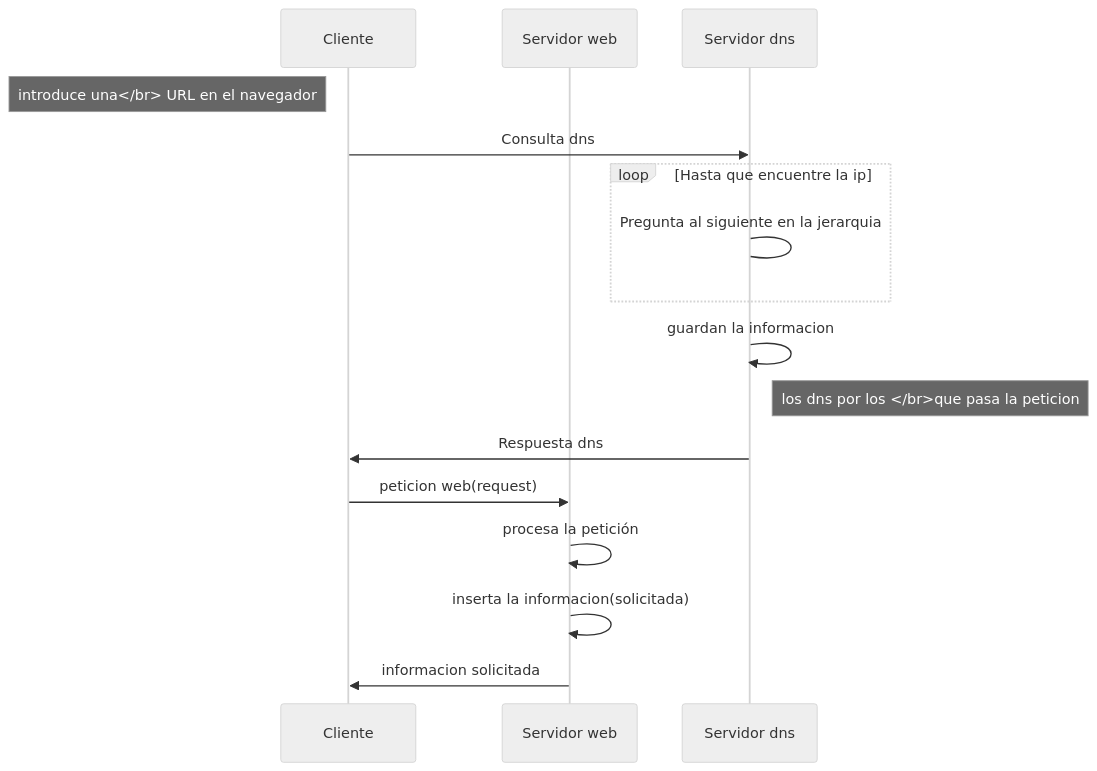
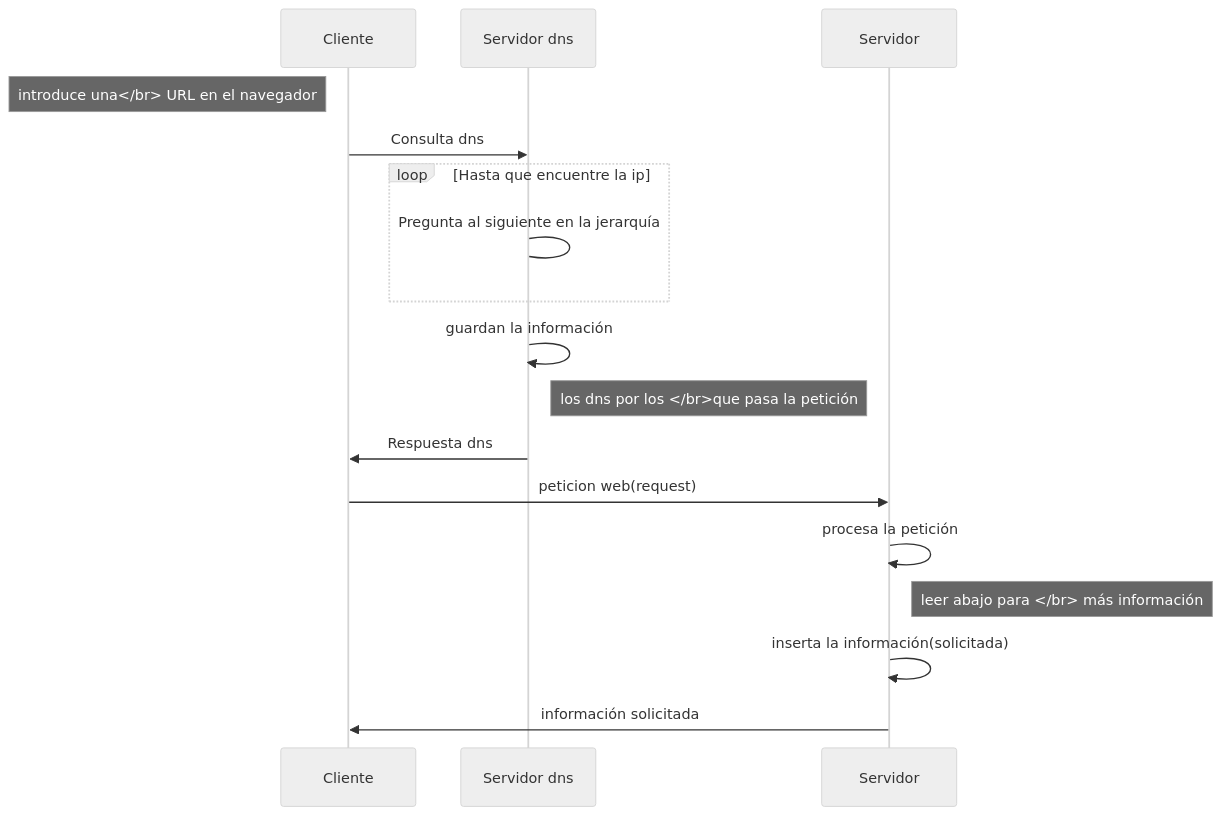
Before and after one commit to mohamedmcn/WBC: the diagram in content/extra/comunicacion.md, drawn with Mermaid (neutral theme). The commit also changed other lines of this file and 41 other files, not shown here.

```diff
--- a/content/extra/comunicacion.md
+++ b/content/extra/comunicacion.md
@@ -6,20 +6,20 @@
 {{< mermaid >}}
 sequenceDiagram
     participant Cliente
-    participant Servidor web
     participant Servidor dns
-    participant Servidor dns
+    participant Servidor 
     Note left of Cliente: introduce una</br> URL en el navegador
      Cliente->>Servidor dns: Consulta dns
      loop Hasta que encuentre la ip
-        Servidor dns->Servidor dns: Pregunta al siguiente en la jerarquia
+        Servidor dns->Servidor dns: Pregunta al siguiente en la jerarquía
         end
-    Servidor dns->> Servidor dns: guardan la informacion
-    Note right of Servidor dns: los dns por los </br>que pasa la peticion
+    Servidor dns->> Servidor dns: guardan la información
+    Note right of Servidor dns: los dns por los </br>que pasa la petición
      Servidor dns->>Cliente: Respuesta dns
-     Cliente->>Servidor web: peticion web(request)
-    Servidor web->>Servidor web: procesa la petición
-    Servidor web->>Servidor web: inserta la informacion(solicitada) 
-    Servidor web->>Cliente:informacion solicitada
+     Cliente->>Servidor : peticion web(request)
+    Servidor ->>Servidor : procesa la petición
+    Note  right of Servidor : leer abajo para </br> más información
+    Servidor ->>Servidor : inserta la información(solicitada) 
+    Servidor ->>Cliente:información solicitada
 
 {{< /mermaid >}}
```
